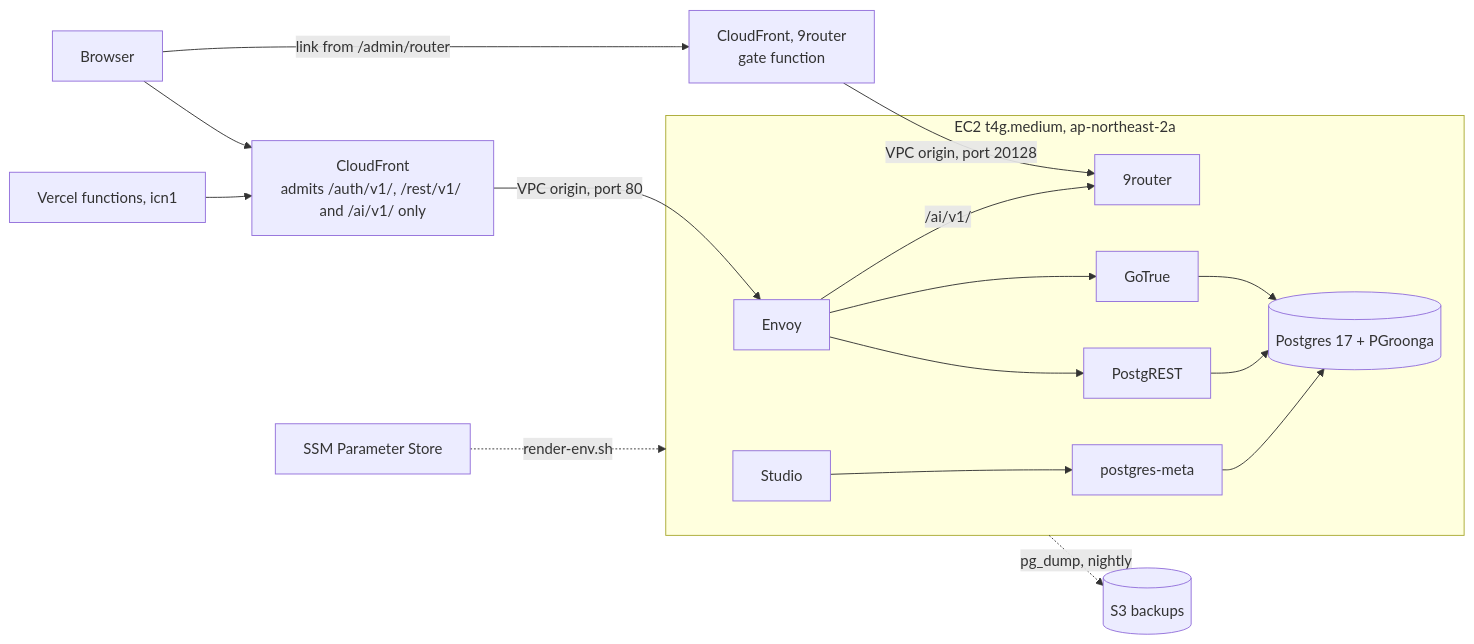
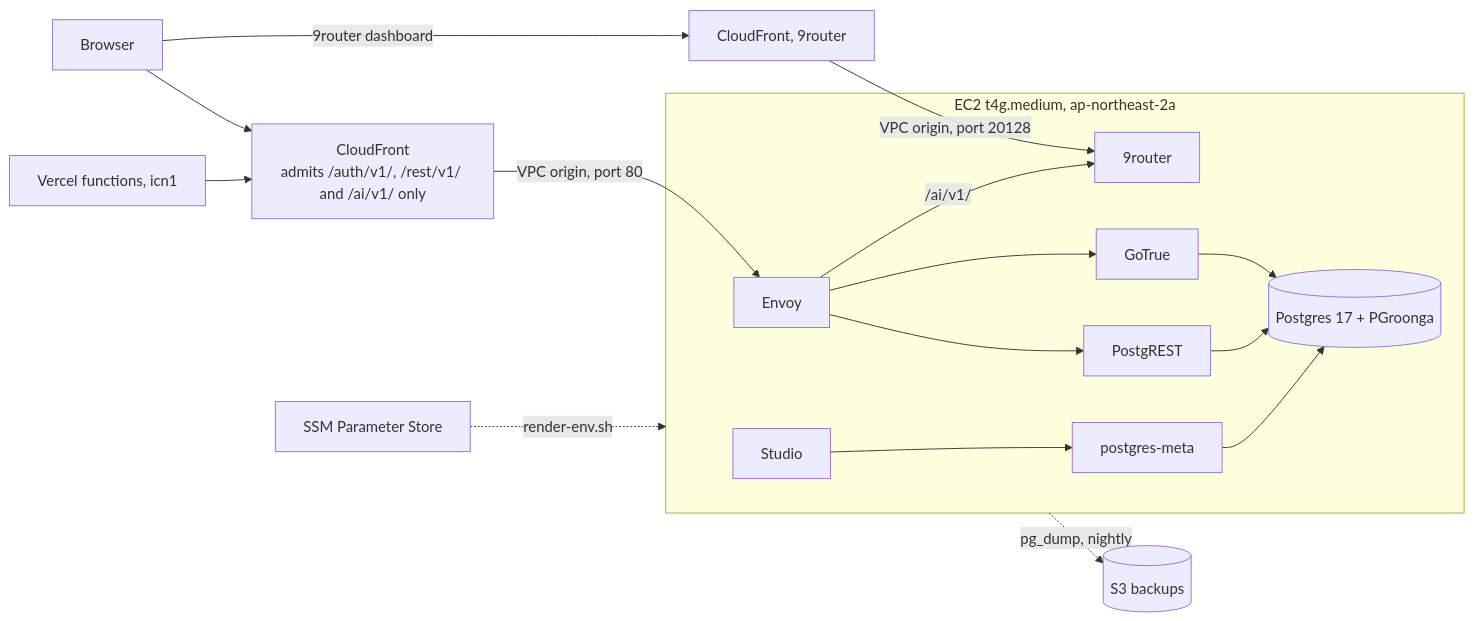
One commit to ntphiep/zhesen-main changed the diagram in infra/README.md. Above: the diagram before and after it, drawn with Mermaid. The commit also changed other lines of this file and 15 other files, not shown here.

First line of the commit message:
refactor(admin): show the 9router link and password on /admin/router

````diff
--- a/infra/README.md
+++ b/infra/README.md
@@ -7,17 +7,17 @@
 ```mermaid
 flowchart LR
   B[Browser] --> CF
   V[Vercel functions, icn1] --> CF
   CF[CloudFront<br/>admits /auth/v1/, /rest/v1/ and /ai/v1/ only] -->|VPC origin, port 80| E
-  B -->|link from /admin/router| CR[CloudFront, 9router<br/>gate function] -->|VPC origin, port 20128| NR
+  B -->|9router dashboard| CR[CloudFront, 9router] -->|VPC origin, port 20128| NR
   subgraph EC2 [EC2 t4g.medium, ap-northeast-2a]
     E[Envoy] --> A[GoTrue]
     E --> R[PostgREST]
     E -->|/ai/v1/| NR[9router]
     A --> D[(Postgres 17 + PGroonga)]
     R --> D
     S[Studio] --> M[postgres-meta] --> D
   end
   SSM[SSM Parameter Store] -.->|render-env.sh| EC2
   EC2 -.->|pg_dump, nightly| BK[(S3 backups)]
 ```
````
